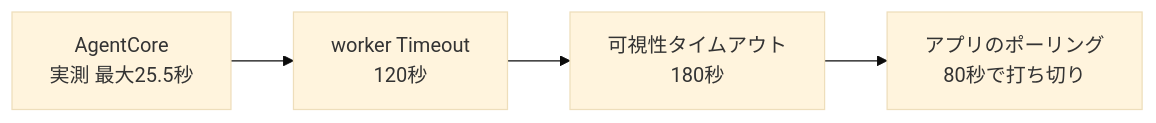
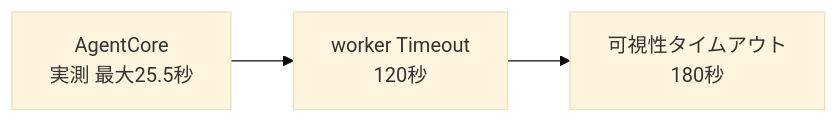
One commit to h-akira/TouringProject changed the third of 4 diagrams in docs/01a_async_ask.md. Above: the diagram before and after it, drawn with Mermaid (base theme). The commit also changed other lines of this file and 7 other files, not shown here.

````diff
--- a/docs/01a_async_ask.md
+++ b/docs/01a_async_ask.md
@@ -129,6 +129,5 @@
 ```mermaid
 flowchart LR
     A["AgentCore<br/>実測 最大25.5秒"] --> B["worker Timeout<br/>120秒"]
     B --> C["可視性タイムアウト<br/>180秒"]
-    C --> D["アプリのポーリング<br/>80秒で打ち切り"]
 ```
````
